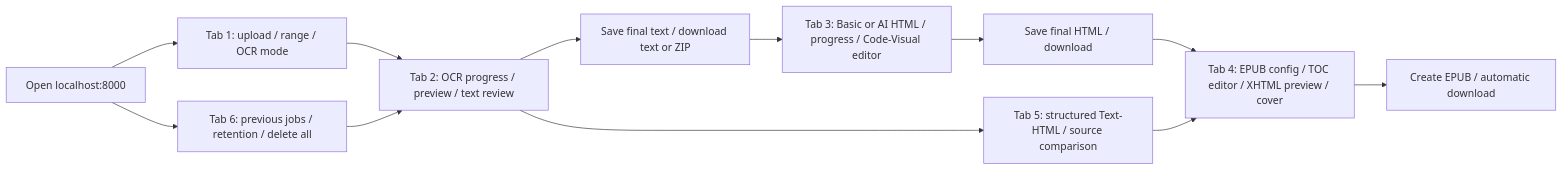
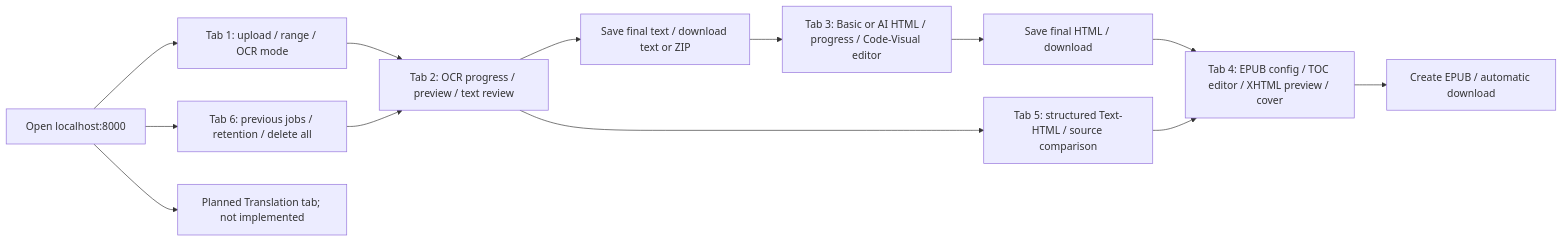
One commit to anuwatm/pdf-ocr-studio changed the fifth of 10 diagrams in readme.md. Above: the diagram before and after it, drawn with Mermaid. The commit also changed other lines of this file, not shown here.

Commit message:
docs: update readme with document translation planning and refine features

````diff
--- a/readme.md
+++ b/readme.md
@@ -246,14 +252,15 @@
 ```mermaid
 flowchart LR
     Open["Open localhost:8000"] --> Upload["Tab 1: upload / range / OCR mode"]
     Upload --> Text["Tab 2: OCR progress / preview / text review"]
     Text --> Save["Save final text / download text or ZIP"]
     Save --> HTML["Tab 3: Basic or AI HTML / progress / Code-Visual editor"]
     HTML --> Final["Save final HTML / download"]
     Final --> EPUB["Tab 4: EPUB config / TOC editor / XHTML preview / cover"]
     EPUB --> Download["Create EPUB / automatic download"]
     Text --> Structured["Tab 5: structured Text-HTML / source comparison"]
     Structured --> EPUB
     Open --> History["Tab 6: previous jobs / retention / delete all"]
     History --> Text
+    Open --> Translation["Planned Translation tab; not implemented"]
 ```
````
